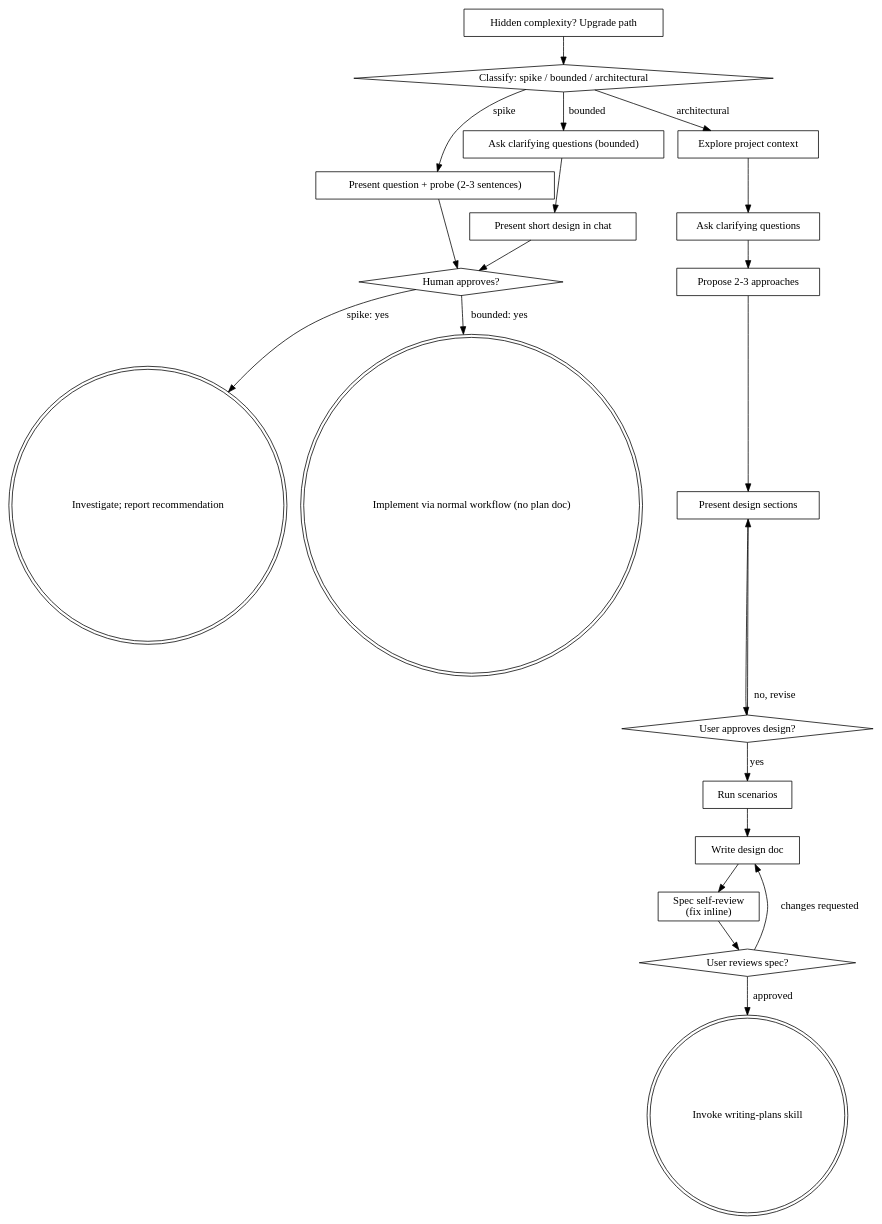
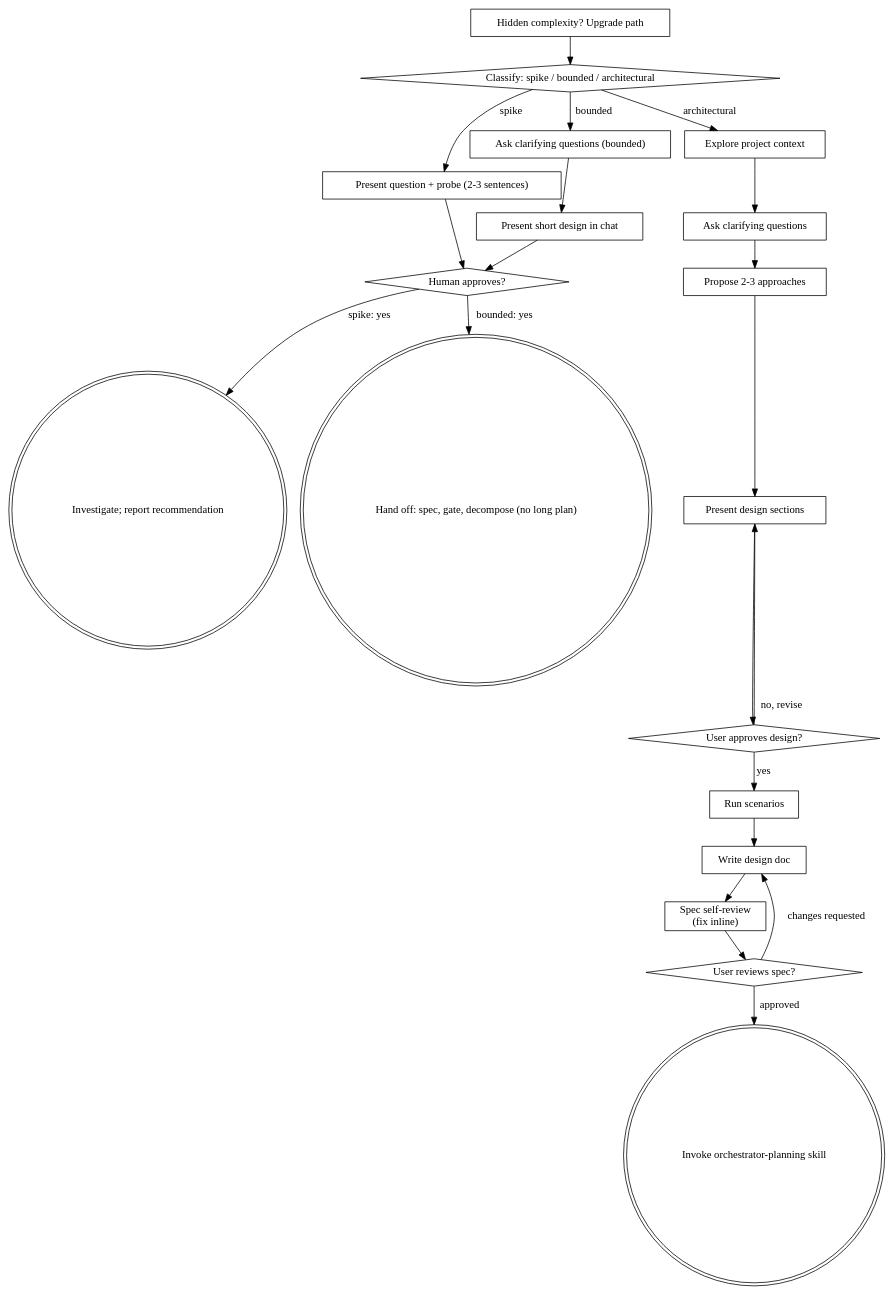
The diagram in internal/prompts/skills/orchestrator-brainstorming/SKILL.md (IvanRoslov/rocket), drawn with Graphviz before and after one commit. The commit also changed other lines of this file and 19 other files, not shown here.

First line of the commit message:
prompts: three levels of work, orchestrator-planning skill, skills for codex (#167)

````diff
--- a/internal/prompts/skills/orchestrator-brainstorming/SKILL.md
+++ b/internal/prompts/skills/orchestrator-brainstorming/SKILL.md
@@ -169,43 +195,43 @@
 ```dot
 digraph brainstorming {
     "Classify: spike / bounded / architectural" [shape=diamond];
     "Present question + probe (2-3 sentences)" [shape=box];
     "Ask clarifying questions (bounded)" [shape=box];
     "Present short design in chat" [shape=box];
     "Human approves?" [shape=diamond];
     "Investigate; report recommendation" [shape=doublecircle];
-    "Implement via normal workflow (no plan doc)" [shape=doublecircle];
+    "Hand off: spec, gate, decompose (no long plan)" [shape=doublecircle];
     "Explore project context" [shape=box];
     "Ask clarifying questions" [shape=box];
     "Propose 2-3 approaches" [shape=box];
     "Present design sections" [shape=box];
     "User approves design?" [shape=diamond];
     "Run scenarios" [shape=box];
     "Write design doc" [shape=box];
     "Spec self-review\n(fix inline)" [shape=box];
     "User reviews spec?" [shape=diamond];
-    "Invoke writing-plans skill" [shape=doublecircle];
+    "Invoke orchestrator-planning skill" [shape=doublecircle];
     "Hidden complexity? Upgrade path" [shape=box];
 
     "Classify: spike / bounded / architectural" -> "Present question + probe (2-3 sentences)" [label="spike"];
     "Classify: spike / bounded / architectural" -> "Ask clarifying questions (bounded)" [label="bounded"];
     "Classify: spike / bounded / architectural" -> "Explore project context" [label="architectural"];
     "Present question + probe (2-3 sentences)" -> "Human approves?";
     "Ask clarifying questions (bounded)" -> "Present short design in chat";
     "Present short design in chat" -> "Human approves?";
     "Human approves?" -> "Investigate; report recommendation" [label="spike: yes"];
-    "Human approves?" -> "Implement via normal workflow (no plan doc)" [label="bounded: yes"];
+    "Human approves?" -> "Hand off: spec, gate, decompose (no long plan)" [label="bounded: yes"];
     "Hidden complexity? Upgrade path" -> "Classify: spike / bounded / architectural";
     "Explore project context" -> "Ask clarifying questions";
     "Ask clarifying questions" -> "Propose 2-3 approaches";
     "Propose 2-3 approaches" -> "Present design sections";
     "Present design sections" -> "User approves design?";
     "User approves design?" -> "Present design sections" [label="no, revise"];
     "User approves design?" -> "Run scenarios" [label="yes"];
     "Run scenarios" -> "Write design doc";
     "Write design doc" -> "Spec self-review\n(fix inline)";
     "Spec self-review\n(fix inline)" -> "User reviews spec?";
     "User reviews spec?" -> "Write design doc" [label="changes requested"];
-    "User reviews spec?" -> "Invoke writing-plans skill" [label="approved"];
+    "User reviews spec?" -> "Invoke orchestrator-planning skill" [label="approved"];
 }
 ```
````
